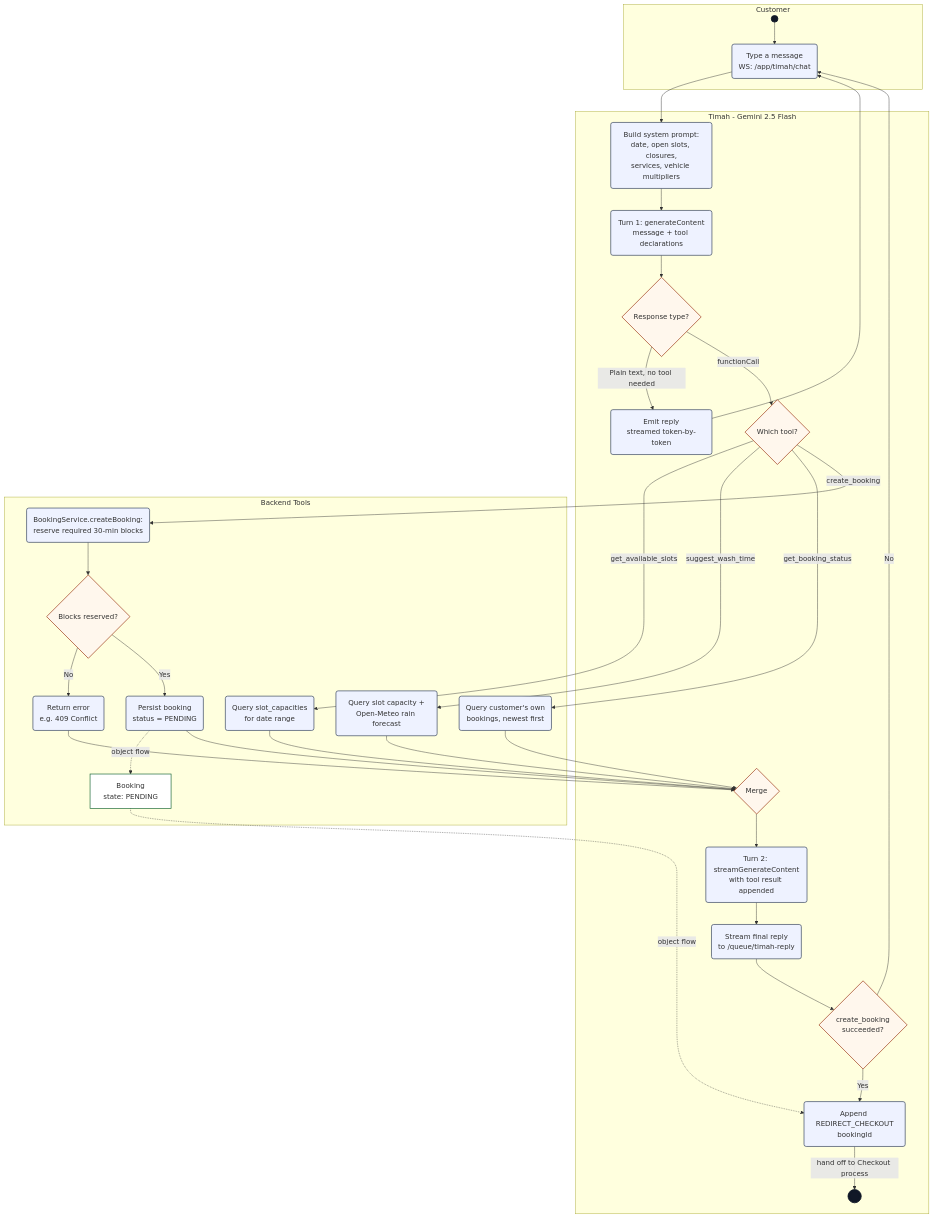
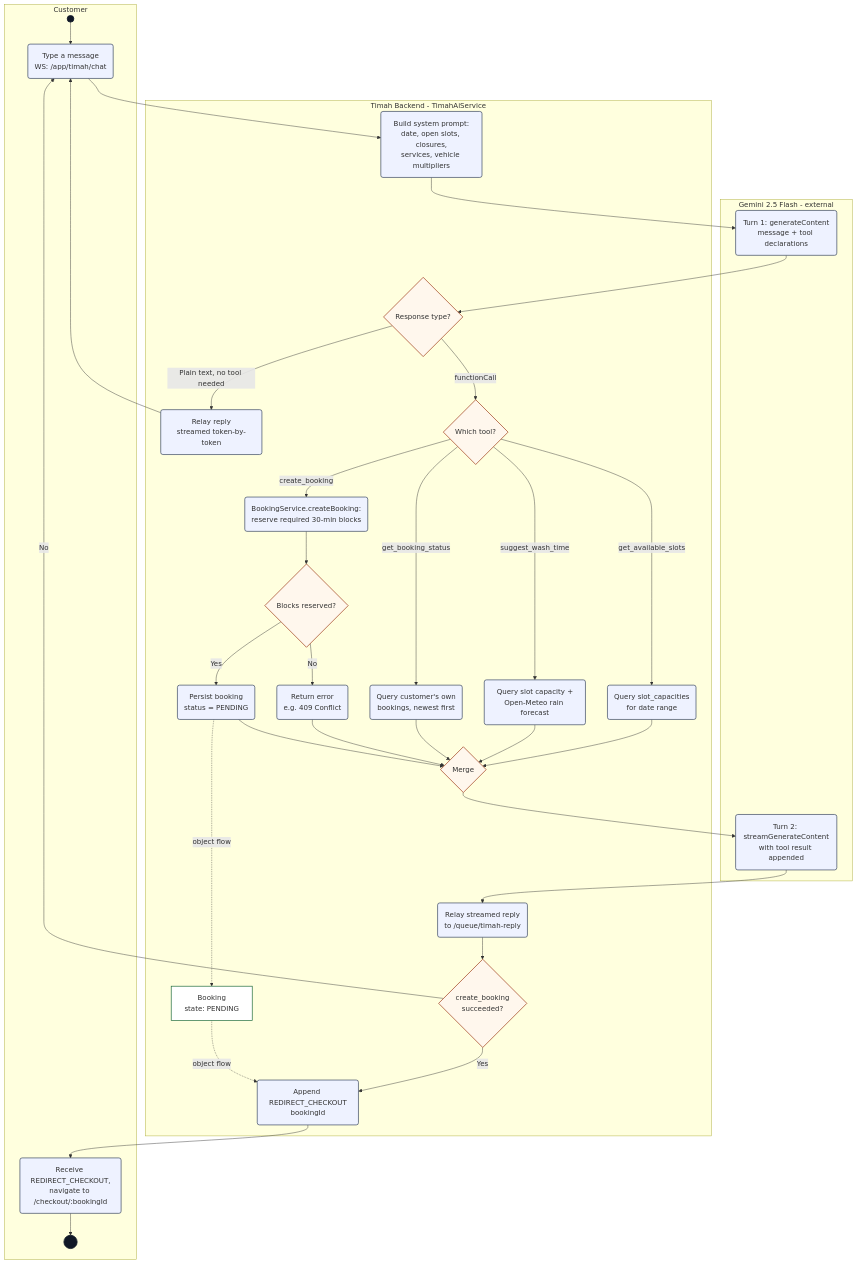
The diagram in docs/diagrams/activity-chat-booking.mmd (IqbalAzhari24/AI-Car-Wash), drawn with Mermaid before and after one commit.

Commit message:
Fix swimlanes in chat booking activity diagram
Previous split (Timah vs Backend Tools) incorrectly implied two
separate systems when both were the same TimahAiService backend.
Correct actor boundaries: Customer, Timah Backend (prompt building,
tool execution, orchestration), and Gemini (external LLM API) --
only the two generateContent/streamGenerateContent calls actually
leave the backend.

Claude-Session: https://claude.ai/code/session_01FPA9VtAYD6DtkzK9j1VQkA

```diff
--- a/docs/diagrams/activity-chat-booking.mmd
+++ b/docs/diagrams/activity-chat-booking.mmd
@@ -1,61 +1,61 @@
 flowchart TD
     classDef initial fill:#111827,stroke:#111827,stroke-width:2px;
     classDef final fill:#111827,stroke:#111827,stroke-width:2px;
     classDef action fill:#eef2ff,stroke:#33415c,stroke-width:1.5px;
     classDef decision fill:#fff7ed,stroke:#9a3412,stroke-width:1.5px;
     classDef object fill:#ffffff,stroke:#166534,stroke-width:1.5px;
 
     subgraph CUST["Customer"]
         I((" ")):::initial
         A2("Type a message<br/>WS: /app/timah/chat"):::action
-    end
-
-    subgraph TIMAH["Timah - Gemini 2.5 Flash"]
-        B1("Build system prompt:<br/>date, open slots, closures,<br/>services, vehicle multipliers"):::action
-        B2("Turn 1: generateContent<br/>message + tool declarations"):::action
-        B3{"Response type?"}:::decision
-        B4("Emit reply<br/>streamed token-by-token"):::action
-        B5{"Which tool?"}:::decision
-        M1{"Merge"}:::decision
-        B6("Turn 2: streamGenerateContent<br/>with tool result appended"):::action
-        B7("Stream final reply<br/>to /queue/timah-reply"):::action
-        B8{"create_booking<br/>succeeded?"}:::decision
-        B9("Append REDIRECT_CHECKOUT<br/>bookingId"):::action
+        C1("Receive REDIRECT_CHECKOUT,<br/>navigate to /checkout/:bookingId"):::action
         Z((("  "))):::final
     end
 
-    subgraph TOOLS["Backend Tools"]
+    subgraph BACKEND["Timah Backend - TimahAiService"]
+        B1("Build system prompt:<br/>date, open slots, closures,<br/>services, vehicle multipliers"):::action
+        B3{"Response type?"}:::decision
+        B4("Relay reply<br/>streamed token-by-token"):::action
+        B5{"Which tool?"}:::decision
         T1("Query slot_capacities<br/>for date range"):::action
         T2("Query slot capacity +<br/>Open-Meteo rain forecast"):::action
         T3("Query customer's own<br/>bookings, newest first"):::action
         T4("BookingService.createBooking:<br/>reserve required 30-min blocks"):::action
         T5{"Blocks reserved?"}:::decision
         T6("Return error<br/>e.g. 409 Conflict"):::action
         T7("Persist booking<br/>status = PENDING"):::action
         OBJ["Booking<br/>state: PENDING"]:::object
+        M1{"Merge"}:::decision
+        B7("Relay streamed reply<br/>to /queue/timah-reply"):::action
+        B8{"create_booking<br/>succeeded?"}:::decision
+        B9("Append REDIRECT_CHECKOUT<br/>bookingId"):::action
+    end
+
+    subgraph GEMINI["Gemini 2.5 Flash - external"]
+        G1("Turn 1: generateContent<br/>message + tool declarations"):::action
+        G2("Turn 2: streamGenerateContent<br/>with tool result appended"):::action
     end
 
     I --> A2
-    A2 --> B1 --> B2 --> B3
+    A2 --> B1 --> G1 --> B3
     B3 -->|Plain text, no tool needed| B4
     B3 -->|functionCall| B5
     B5 -->|get_available_slots| T1
     B5 -->|suggest_wash_time| T2
     B5 -->|get_booking_status| T3
     B5 -->|create_booking| T4
     T4 --> T5
     T5 -->|No| T6
     T5 -->|Yes| T7
     T7 -.->|object flow| OBJ
     T1 --> M1
     T2 --> M1
     T3 --> M1
     T6 --> M1
     T7 --> M1
-    M1 --> B6
-    B6 --> B7 --> B8
+    M1 --> G2 --> B7 --> B8
     B4 --> A2
     B8 -->|No| A2
     B8 -->|Yes| B9
     OBJ -.->|object flow| B9
-    B9 -->|hand off to Checkout process| Z
+    B9 --> C1 --> Z
```
